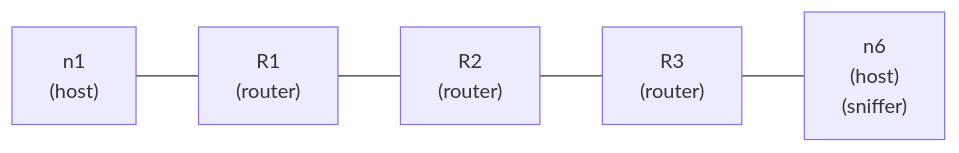
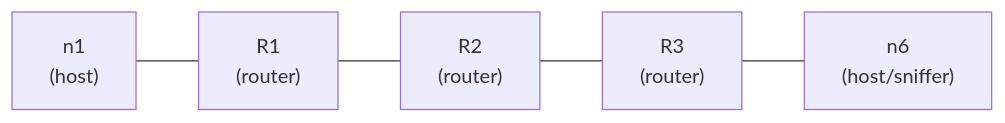
The second of 2 diagrams in relatorio.md (mariaanakopke/Projeto-Redes-2526), drawn with Mermaid before and after one commit. The commit also changed other lines of this file and 12 other files, not shown here.

````diff
--- a/relatorio.md
+++ b/relatorio.md
@@ -402,10 +357,10 @@
 ```mermaid
 graph LR
     n1["n1\n(host)"]
     R1["R1\n(router)"]
     R2["R2\n(router)"]
     R3["R3\n(router)"]
-    n6["n6\n(host)\n(sniffer)"]
+    n6["n6\n(host/sniffer)"]
 
     n1 --- R1 --- R2 --- R3 --- n6
 ```
````
